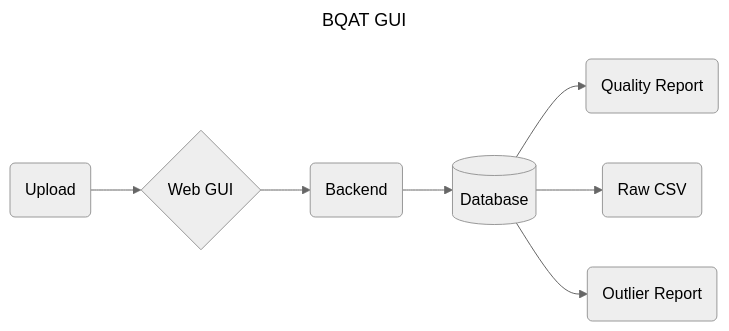
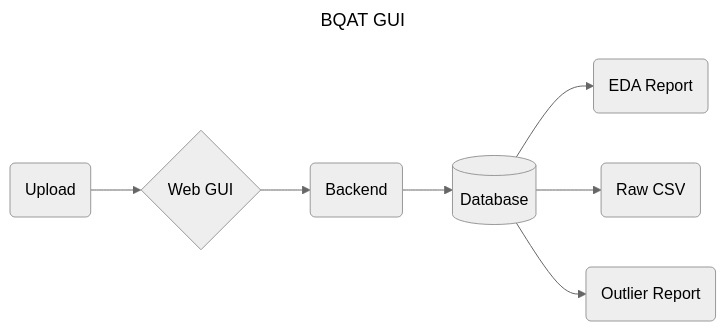
The sixth of 6 diagrams in index/framework.md (Biometix/biometix.github.io), drawn with Mermaid (neutral theme) before and after one commit. The commit also changed other lines of this file and 2 other files, not shown here.

````diff
--- a/index/framework.md
+++ b/index/framework.md
@@ -94,12 +94,12 @@
 ``` mermaid
 ---
 title: BQAT GUI
 ---
 graph LR
     upload(Upload) --> gui{Web}
     gui{Web GUI} --> api(BQAT-API)
     api(Backend) --> db[(Database)]
-    db[(Database)] --> report(Quality Report)
+    db[(Database)] --> report(EDA Report)
     db[(Database)] --> output(Raw CSV)
     db[(Database)] --> outlier(Outlier Report)
 ```
````
